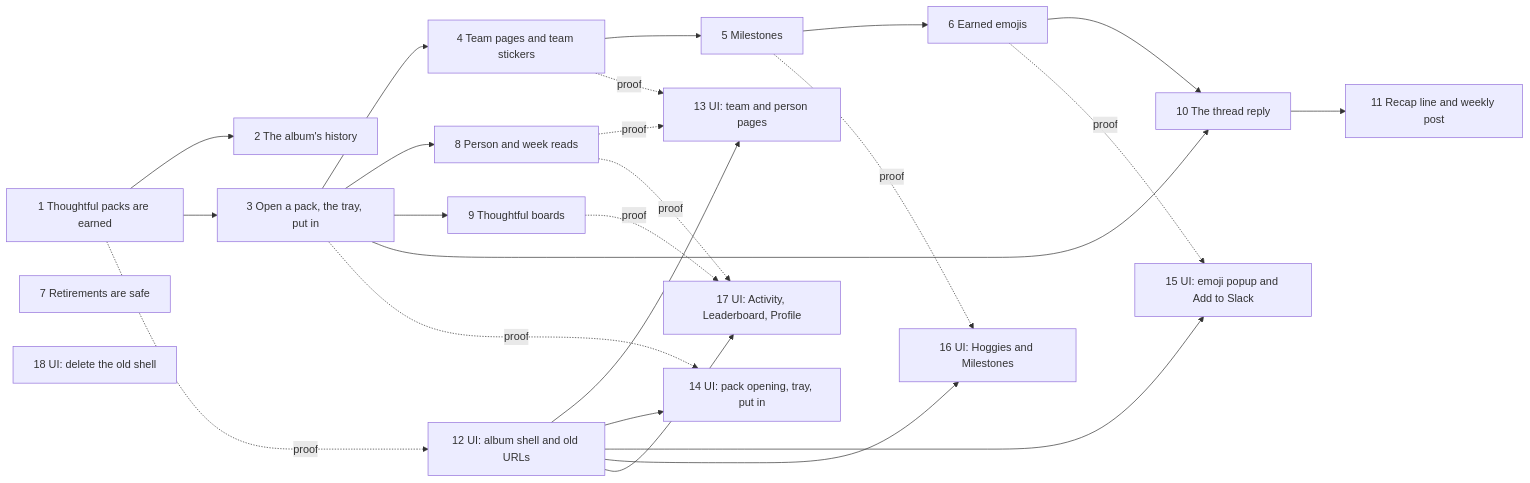
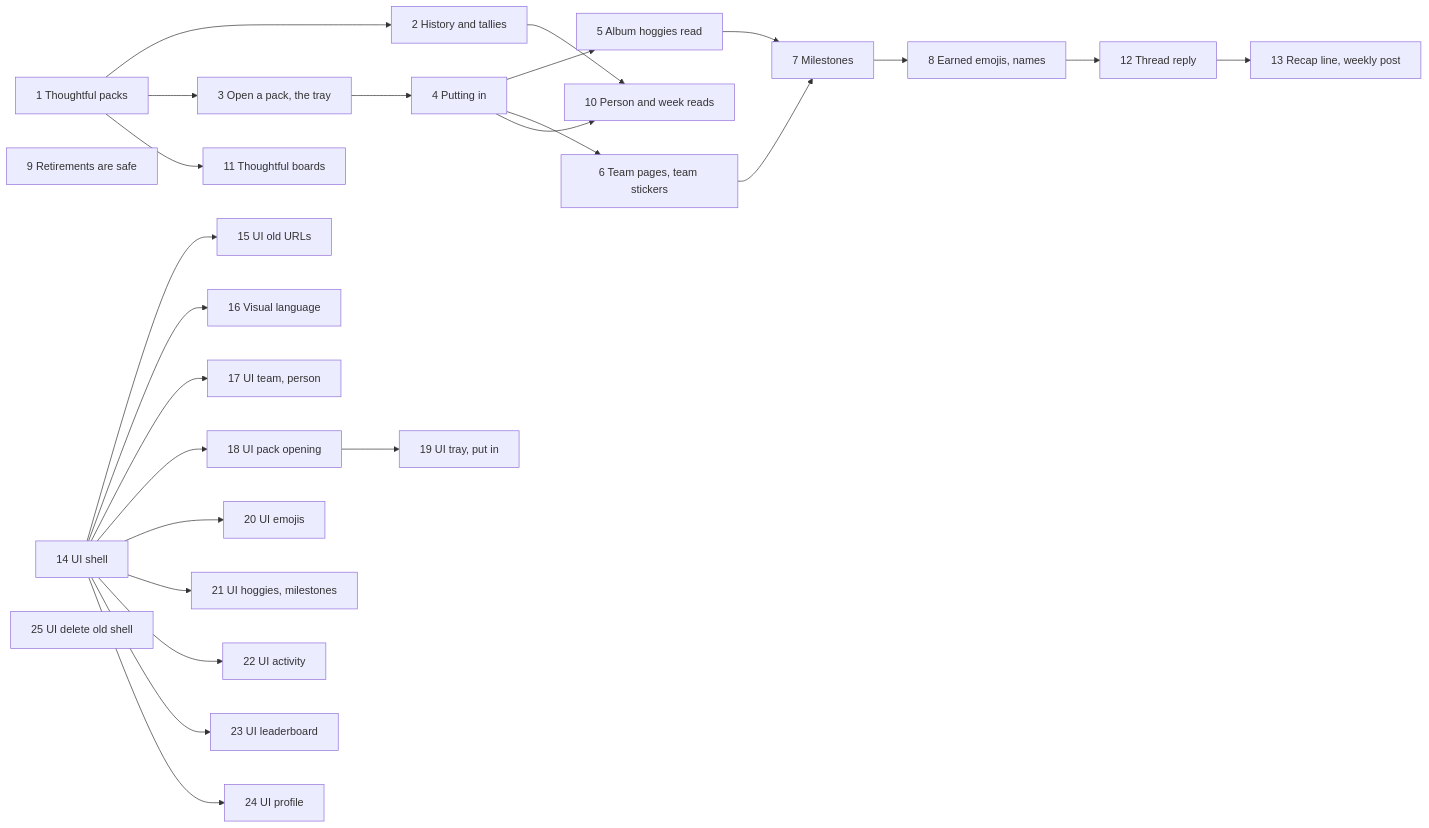
One commit to Silthus/kudos changed the diagram in spec/album-tickets.md. Above: the diagram before and after it, drawn with Mermaid. The commit also changed other lines of this file and 2 other files, not shown here.

Commit message:
Apply the GPT-6.1 Sol review to the album spec: one completed fact per message's packs, stored emoji names, bounded put-in and tallies, matured windows, 25 tickets (#627)

````diff
--- a/spec/album-tickets.md
+++ b/spec/album-tickets.md
@@ -9,44 +9,51 @@
 ```mermaid
 flowchart LR
-  T1["1 Thoughtful packs are earned"]
-  T2["2 The album's history"]
-  T3["3 Open a pack, the tray, put in"]
-  T4["4 Team pages and team stickers"]
-  T5["5 Milestones"]
-  T6["6 Earned emojis"]
-  T7["7 Retirements are safe"]
-  T8["8 Person and week reads"]
-  T9["9 Thoughtful boards"]
-  T10["10 The thread reply"]
-  T11["11 Recap line and weekly post"]
-  T12["12 UI: album shell and old URLs"]
-  T13["13 UI: team and person pages"]
-  T14["14 UI: pack opening, tray, put in"]
-  T15["15 UI: emoji popup and Add to Slack"]
-  T16["16 UI: Hoggies and Milestones"]
-  T17["17 UI: Activity, Leaderboard, Profile"]
-  T18["18 UI: delete the old shell"]
+  T1["1 Thoughtful packs"]
+  T2["2 History and tallies"]
+  T3["3 Open a pack, the tray"]
+  T4["4 Putting in"]
+  T5["5 Album hoggies read"]
+  T6["6 Team pages, team stickers"]
+  T7["7 Milestones"]
+  T8["8 Earned emojis, names"]
+  T9["9 Retirements are safe"]
+  T10["10 Person and week reads"]
+  T11["11 Thoughtful boards"]
+  T12["12 Thread reply"]
+  T13["13 Recap line, weekly post"]
+  T14["14 UI shell"]
+  T15["15 UI old URLs"]
+  T16["16 Visual language"]
+  T17["17 UI team, person"]
+  T18["18 UI pack opening"]
+  T19["19 UI tray, put in"]
+  T20["20 UI emojis"]
+  T21["21 UI hoggies, milestones"]
+  T22["22 UI activity"]
+  T23["23 UI leaderboard"]
+  T24["24 UI profile"]
+  T25["25 UI delete old shell"]
   T1 --> T2
   T1 --> T3
   T3 --> T4
   T4 --> T5
-  T5 --> T6
-  T3 --> T8
-  T3 --> T9
-  T3 --> T10
-  T6 --> T10
-  T10 --> T11
+  T4 --> T6
+  T5 --> T7
+  T6 --> T7
+  T7 --> T8
+  T2 --> T10
+  T4 --> T10
+  T1 --> T11
+  T8 --> T12
   T12 --> T13
-  T12 --> T14
-  T12 --> T15
-  T12 --> T16
-  T12 --> T17
-  T1 -.proof.-> T12
-  T4 -.proof.-> T13
-  T8 -.proof.-> T13
-  T3 -.proof.-> T14
-  T6 -.proof.-> T15
-  T5 -.proof.-> T16
-  T8 -.proof.-> T17
-  T9 -.proof.-> T17
+  T14 --> T15
+  T14 --> T16
+  T14 --> T17
+  T14 --> T18
+  T18 --> T19
+  T14 --> T20
+  T14 --> T21
+  T14 --> T22
+  T14 --> T23
+  T14 --> T24
 ```
````
